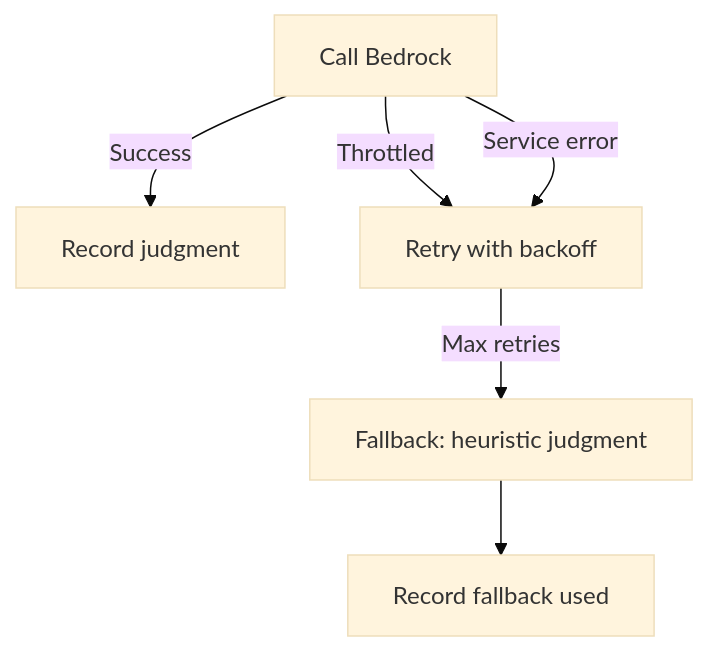
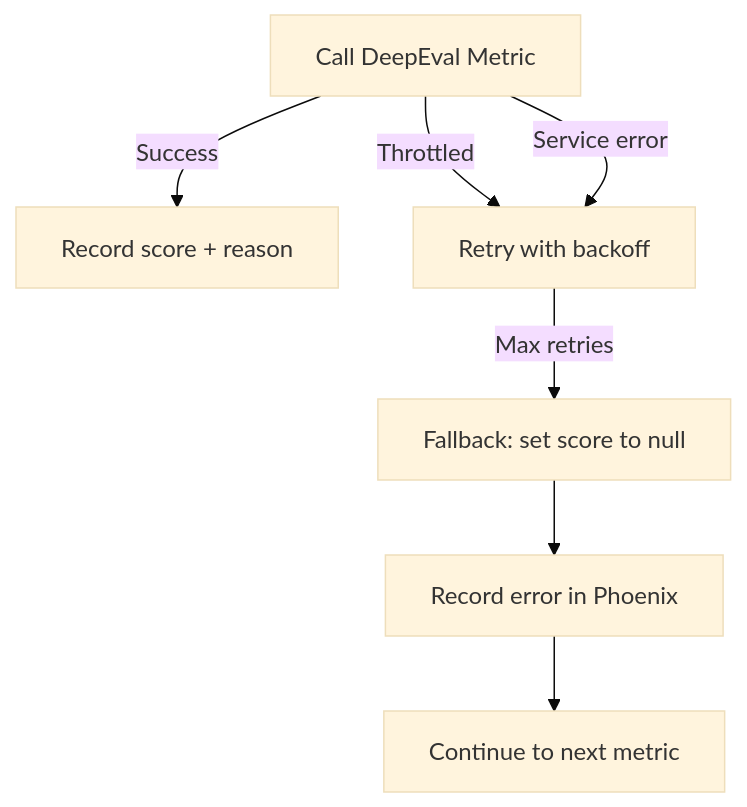
The sixth of 6 diagrams in docs/design/002-data-flow-detailed.md (anguyenbus/eval-harness), drawn with Mermaid (base theme) before and after one commit. The commit also changed other lines of this file and 140 other files, not shown here.

First line of the commit message:
Deep eval cost track (#6)

````diff
--- a/docs/design/002-data-flow-detailed.md
+++ b/docs/design/002-data-flow-detailed.md
@@ -271,8 +281,9 @@
 ```mermaid
 flowchart TD
-    A[Call Bedrock] -->|Success| B[Record judgment]
+    A[Call DeepEval Metric] -->|Success| B[Record score + reason]
     A -->|Throttled| C[Retry with backoff]
     A -->|Service error| C
-    C -->|Max retries| D[Fallback: heuristic judgment]
-    D --> E[Record fallback used]
+    C -->|Max retries| D[Fallback: set score to null]
+    D --> E[Record error in Phoenix]
+    E --> F[Continue to next metric]
 ```
````
